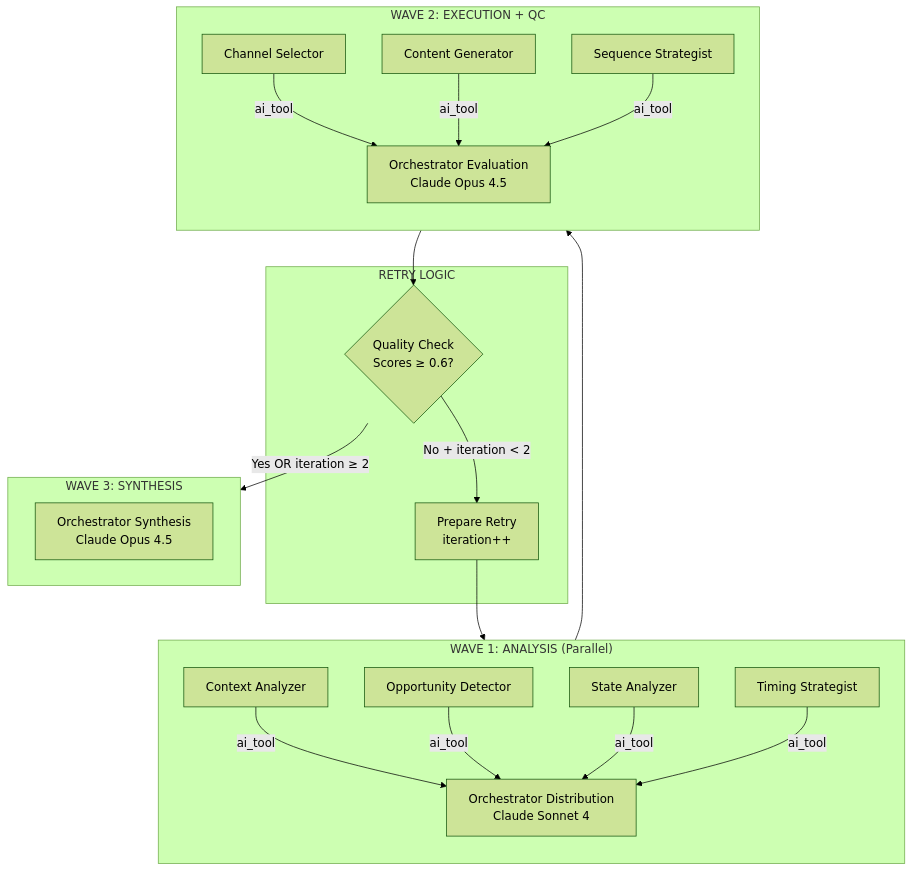
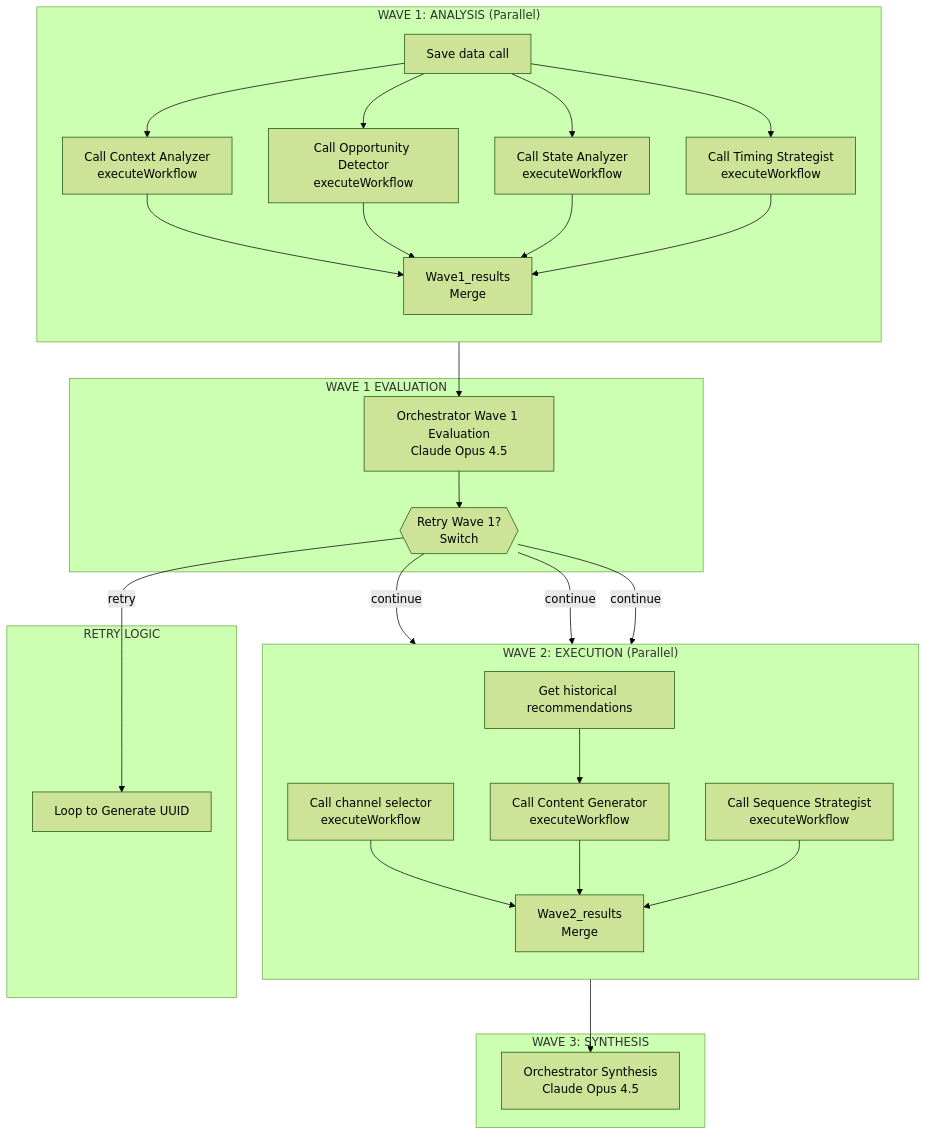
One commit to damianstetsonair/sales-n8n-ia changed the first of 2 diagrams in README.md. Above: the diagram before and after it, drawn with Mermaid (forest theme). The commit also changed other lines of this file and 8 other files, not shown here.

Commit message:
update flows based in parallel workflow

````diff
--- a/README.md
+++ b/README.md
@@ -27,36 +33,42 @@
 ```mermaid
 flowchart TB
     subgraph WAVE1["WAVE 1: ANALYSIS (Parallel)"]
         direction TB
-        OD["Orchestrator Distribution<br/>Claude Sonnet 4"]
-        T1["Context Analyzer"]
-        T2["Opportunity Detector"]
-        T3["State Analyzer"]
-        T4["Timing Strategist"]
-        T1 & T2 & T3 & T4 -->|"ai_tool"| OD
+        SDC["Save data call"]
+        T1["Call Context Analyzer<br/>executeWorkflow"]
+        T2["Call Opportunity Detector<br/>executeWorkflow"]
+        T3["Call State Analyzer<br/>executeWorkflow"]
+        T4["Call Timing Strategist<br/>executeWorkflow"]
+        M1["Wave1_results<br/>Merge"]
+        SDC --> T1 & T2 & T3 & T4
+        T1 & T2 & T3 & T4 --> M1
     end
 
-    subgraph WAVE2["WAVE 2: EXECUTION + QC"]
+    subgraph EVAL["WAVE 1 EVALUATION"]
+        OWE["Orchestrator Wave 1 Evaluation<br/>Claude Opus 4.5"]
+        SW{{"Retry Wave 1?<br/>Switch"}}
+        M1 --> OWE
+        OWE --> SW
+    end
+
+    subgraph WAVE2["WAVE 2: EXECUTION (Parallel)"]
         direction TB
-        OE["Orchestrator Evaluation<br/>Claude Opus 4.5"]
-        T5["Channel Selector"]
-        T6["Content Generator"]
-        T7["Sequence Strategist"]
-        T5 & T6 & T7 -->|"ai_tool"| OE
+        GH["Get historical recommendations"]
+        T5["Call channel selector<br/>executeWorkflow"]
+        T6["Call Content Generator<br/>executeWorkflow"]
+        T7["Call Sequence Strategist<br/>executeWorkflow"]
+        M2["Wave2_results<br/>Merge"]
+        SW -->|"continue"| GH & T5 & T7
+        GH --> T6
+        T5 & T6 & T7 --> M2
     end
 
     subgraph RETRY["RETRY LOGIC"]
-        QC{"Quality Check<br/>Scores ≥ 0.6?"}
-        PRC["Prepare Retry<br/>iteration++"]
+        SW -->|"retry"| LOOP["Loop to Generate UUID"]
     end
 
     subgraph WAVE3["WAVE 3: SYNTHESIS"]
         OS["Orchestrator Synthesis<br/>Claude Opus 4.5"]
+        M2 --> OS
     end
-
-    WAVE1 --> WAVE2
-    OE --> QC
-    QC -->|"No + iteration < 2"| PRC
-    PRC --> OD
-    QC -->|"Yes OR iteration ≥ 2"| WAVE3
 ```
````
